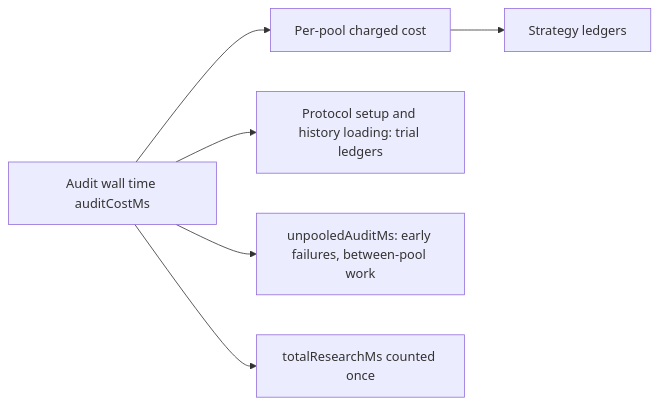
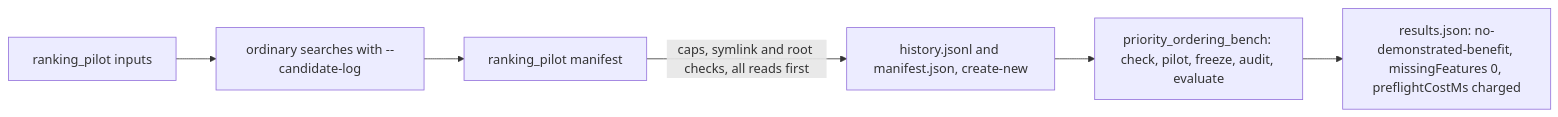
The diagram in docs/archive/pr-summaries/pr-summary-261.md (stSoftwareAU/NEAT-AI-Ockham), drawn with Mermaid before and after one commit. The commit also changed other lines of this file and 34 other files, not shown here.

````diff
--- a/docs/archive/pr-summaries/pr-summary-261.md
+++ b/docs/archive/pr-summaries/pr-summary-261.md
@@ -51,8 +128,8 @@
 ```mermaid
 flowchart LR
-    A[Audit wall time auditCostMs] --> P[Per-pool charged cost]
-    A --> L[Protocol setup and history loading: trial ledgers]
-    A --> U[unpooledAuditMs: early failures, between-pool work]
-    P --> S[Strategy ledgers]
-    A --> T[totalResearchMs counted once]
+    I[ranking_pilot inputs] --> S[ordinary searches with --candidate-log]
+    S --> M[ranking_pilot manifest]
+    M -->|caps, symlink and root checks, all reads first| W[history.jsonl and manifest.json, create-new]
+    W --> B[priority_ordering_bench: check, pilot, freeze, audit, evaluate]
+    B --> R[results.json: no-demonstrated-benefit, missingFeatures 0, preflightCostMs charged]
 ```
````
